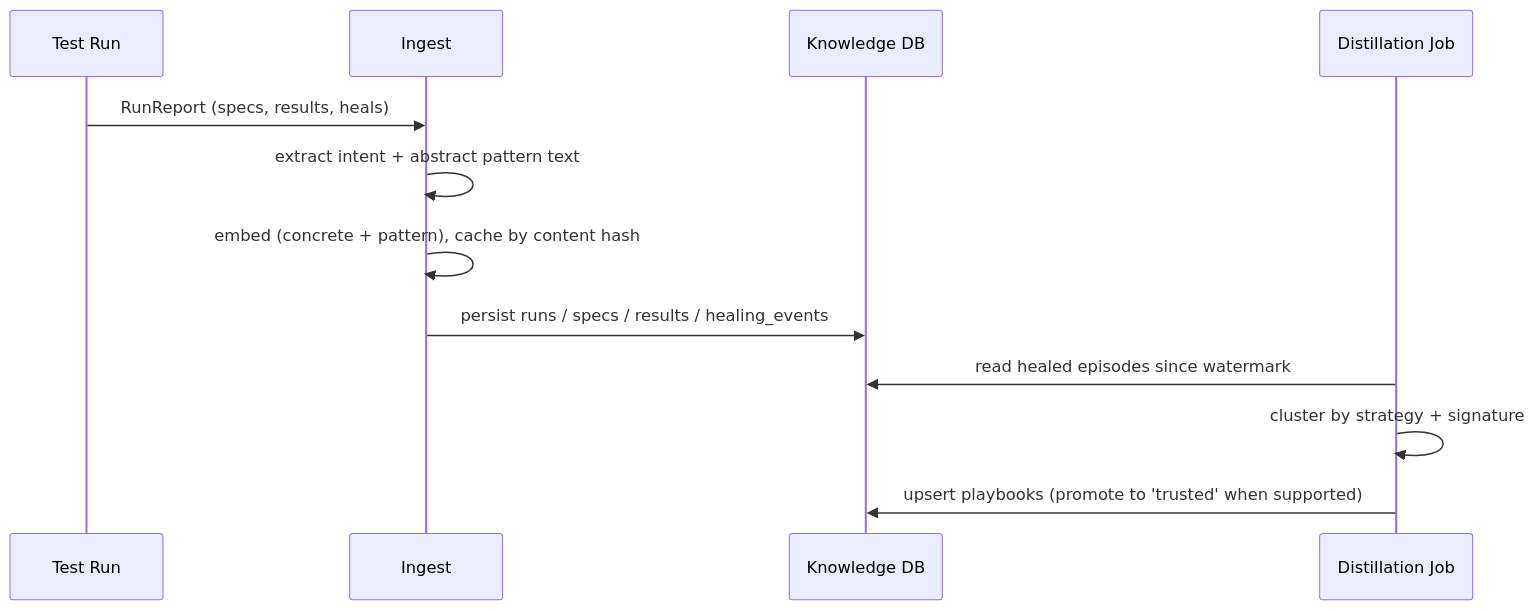
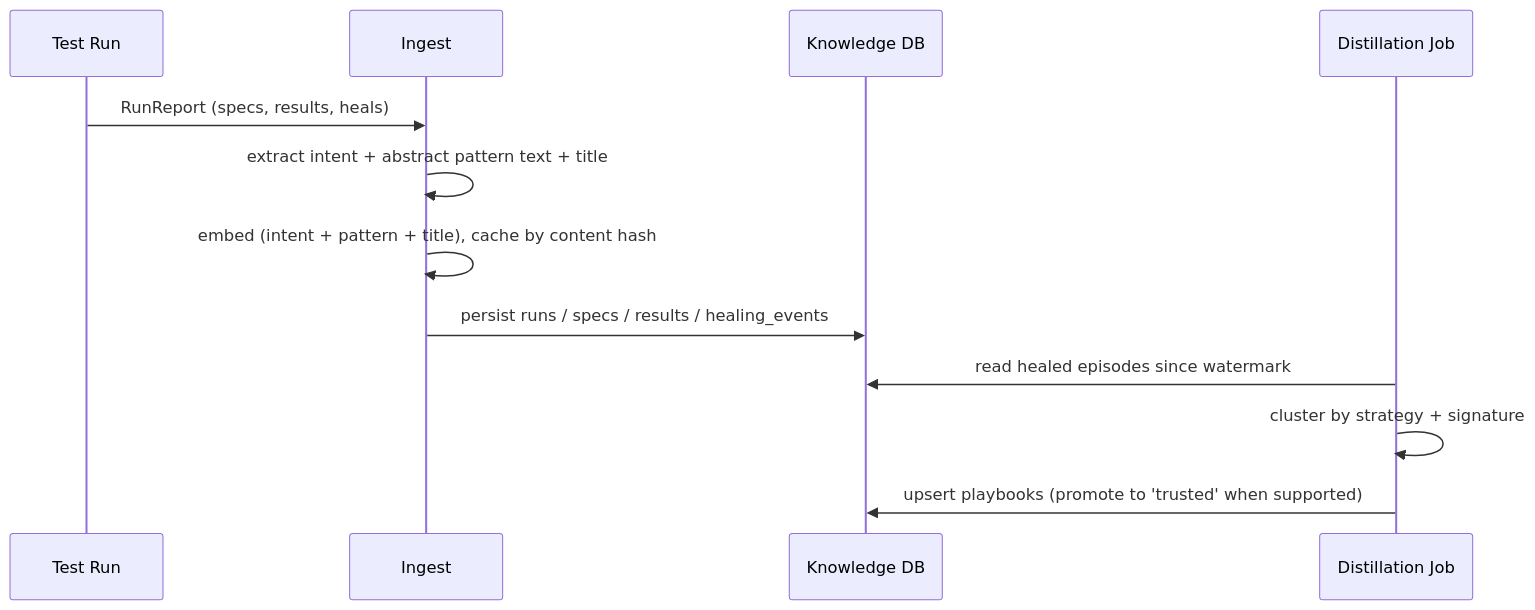
The third of 3 diagrams in docs/knowledge-db.md (spalanivelu1989/test-suite), drawn with Mermaid before and after one commit. The commit also changed other lines of this file, not shown here.

````diff
--- a/docs/knowledge-db.md
+++ b/docs/knowledge-db.md
@@ -536,14 +572,14 @@
 ```mermaid
 sequenceDiagram
     participant Run as Test Run
     participant Ingest as Ingest
     participant DB as Knowledge DB
     participant Distill as Distillation Job
     Run->>Ingest: RunReport (specs, results, heals)
-    Ingest->>Ingest: extract intent + abstract pattern text
-    Ingest->>Ingest: embed (concrete + pattern), cache by content hash
+    Ingest->>Ingest: extract intent + abstract pattern text + title
+    Ingest->>Ingest: embed (intent + pattern + title), cache by content hash
     Ingest->>DB: persist runs / specs / results / healing_events
     Distill->>DB: read healed episodes since watermark
     Distill->>Distill: cluster by strategy + signature
     Distill->>DB: upsert playbooks (promote to 'trusted' when supported)
 ```
````
